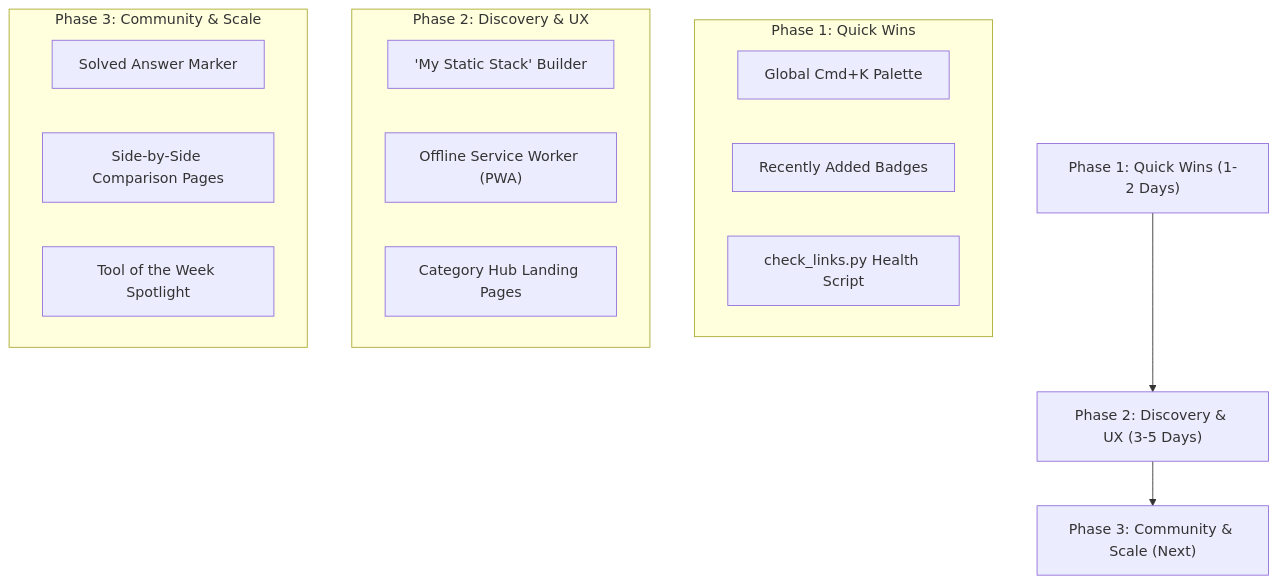
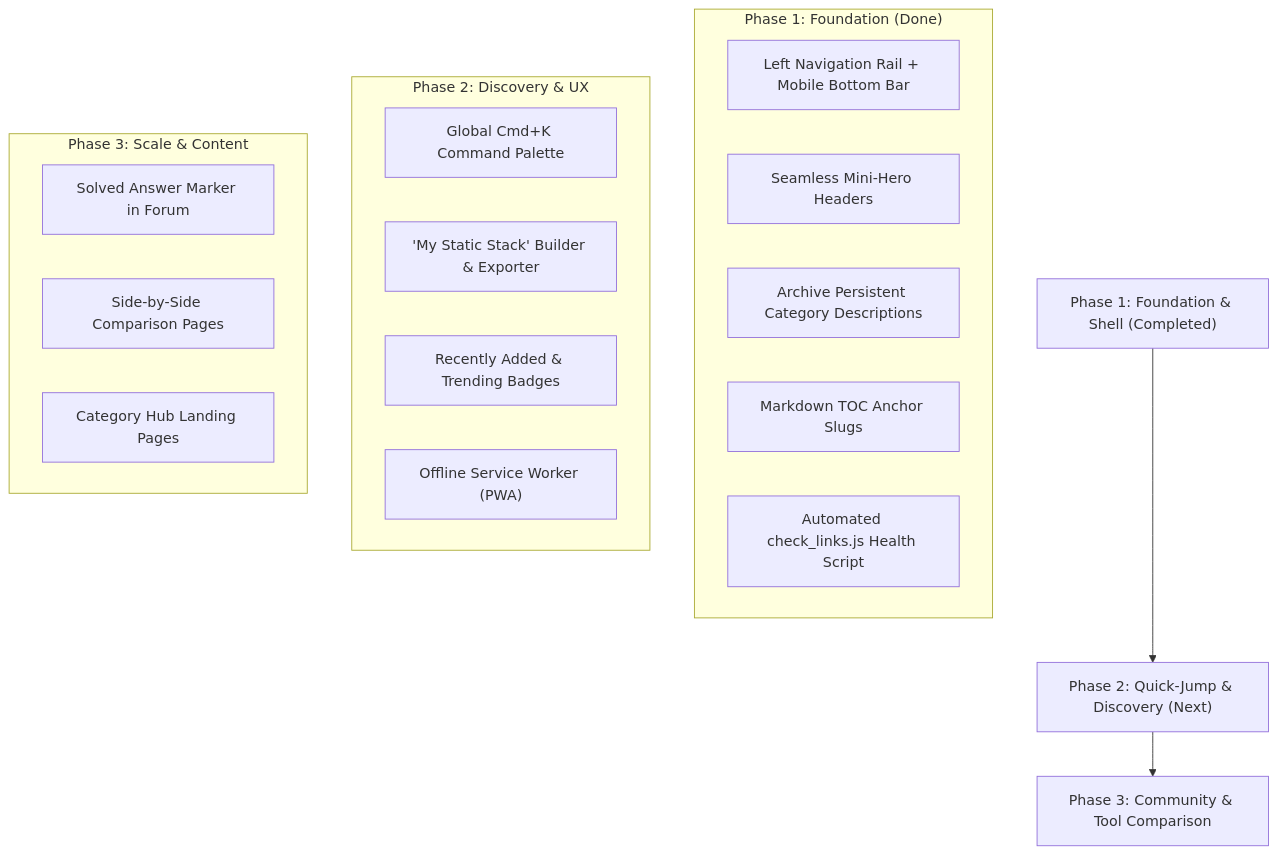
The diagram in suggest.md (E6WeB/htmlstatic), drawn with Mermaid before and after one commit. The commit also changed other lines of this file, not shown here.

Commit message:
docs: update suggest.md with completed features and revised roadmap

````diff
--- a/suggest.md
+++ b/suggest.md
@@ -170,23 +180,26 @@
 ```mermaid
 flowchart TD
-    A["Phase 1: Quick Wins (1-2 Days)"] --> B["Phase 2: Discovery & UX (3-5 Days)"]
-    B --> C["Phase 3: Community & Scale (Next)"]
+    A["Phase 1: Foundation & Shell (Completed)"] --> B["Phase 2: Quick-Jump & Discovery (Next)"]
+    B --> C["Phase 3: Community & Tool Comparison"]
 
-    subgraph "Phase 1: Quick Wins"
-    A1["Global Cmd+K Palette"]
-    A2["Recently Added Badges"]
-    A3["check_links.py Health Script"]
+    subgraph "Phase 1: Foundation (Done)"
+    A1["Left Navigation Rail + Mobile Bottom Bar"]
+    A2["Seamless Mini-Hero Headers"]
+    A3["Archive Persistent Category Descriptions"]
+    A4["Markdown TOC Anchor Slugs"]
+    A5["Automated check_links.js Health Script"]
     end
 
     subgraph "Phase 2: Discovery & UX"
-    B1["'My Static Stack' Builder"]
-    B2["Offline Service Worker (PWA)"]
-    B3["Category Hub Landing Pages"]
+    B1["Global Cmd+K Command Palette"]
+    B2["'My Static Stack' Builder & Exporter"]
+    B3["Recently Added & Trending Badges"]
+    B4["Offline Service Worker (PWA)"]
     end
 
-    subgraph "Phase 3: Community & Scale"
-    C1["Solved Answer Marker"]
+    subgraph "Phase 3: Scale & Content"
+    C1["Solved Answer Marker in Forum"]
     C2["Side-by-Side Comparison Pages"]
-    C3["Tool of the Week Spotlight"]
+    C3["Category Hub Landing Pages"]
     end
 ```
````
